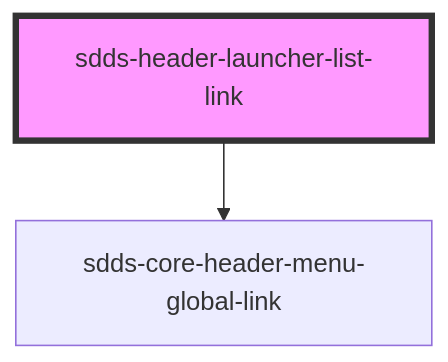
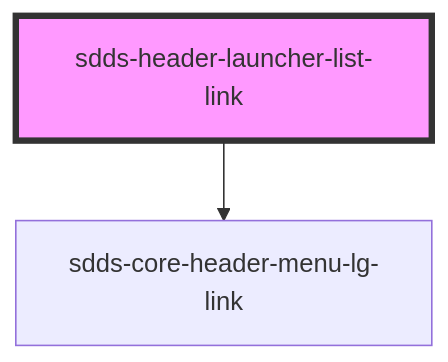
Before and after one commit to scania-digital-design-system/sdds: the diagram in tegel/src/components/header/webcomponent/header-launcher-list-link/readme.md, drawn with Mermaid. The commit also changed other lines of this file and 45 other files, not shown here.

````diff
--- a/tegel/src/components/header/webcomponent/header-launcher-list-link/readme.md
+++ b/tegel/src/components/header/webcomponent/header-launcher-list-link/readme.md
@@ -24,5 +24,5 @@
 ```mermaid
 graph TD;
-  sdds-header-launcher-list-link --> sdds-core-header-menu-global-link
+  sdds-header-launcher-list-link --> sdds-core-header-menu-lg-link
   style sdds-header-launcher-list-link fill:#f9f,stroke:#333,stroke-width:4px
 ```
````
